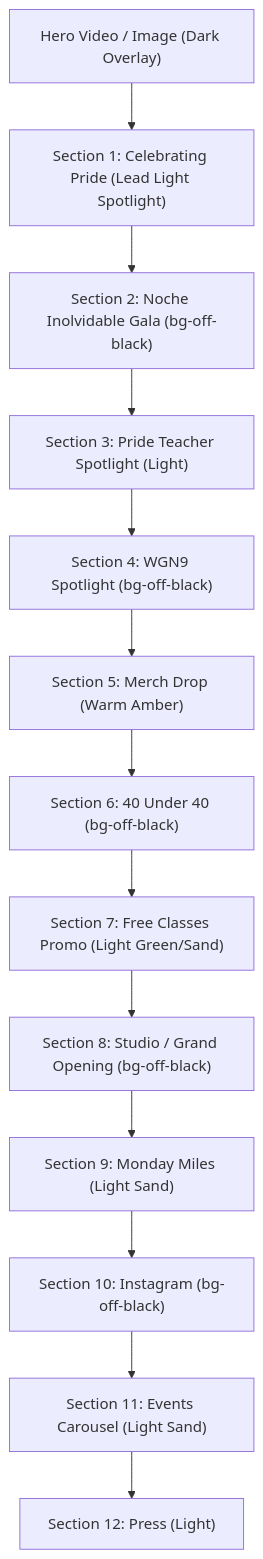
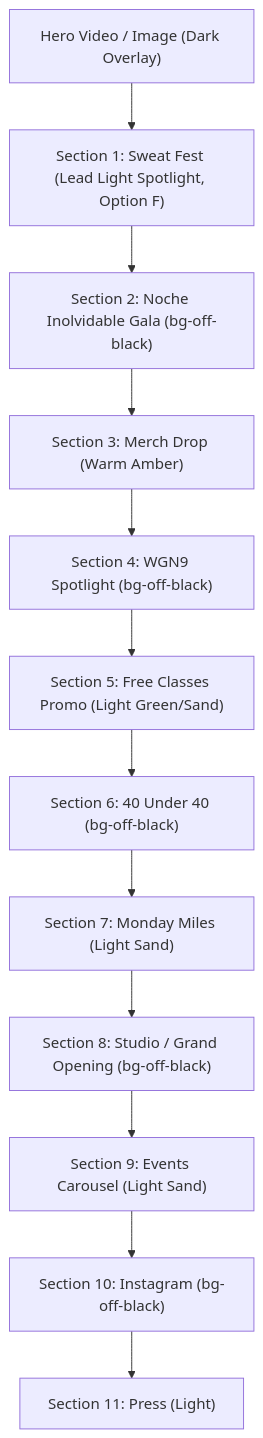
Before and after one commit to awaisqazi/latinasweatproject: the first of 3 diagrams in design.md, drawn with Mermaid. The commit also changed other lines of this file and 12 other files, not shown here.

First line of the commit message:
Sweat Fest 2026: /sweatfest page, homepage lead teaser, all placements; retire Pride

````diff
--- a/design.md
+++ b/design.md
@@ -34,15 +34,14 @@
 ```mermaid
 graph TD
-    Hero["Hero Video / Image (Dark Overlay)"] --> Sec1["Section 1: Celebrating Pride (Lead Light Spotlight)"]
+    Hero["Hero Video / Image (Dark Overlay)"] --> Sec1["Section 1: Sweat Fest (Lead Light Spotlight, Option F)"]
     Sec1 --> Sec2["Section 2: Noche Inolvidable Gala (bg-off-black)"]
-    Sec2 --> Sec3["Section 3: Pride Teacher Spotlight (Light)"]
+    Sec2 --> Sec3["Section 3: Merch Drop (Warm Amber)"]
     Sec3 --> Sec4["Section 4: WGN9 Spotlight (bg-off-black)"]
-    Sec4 --> Sec5["Section 5: Merch Drop (Warm Amber)"]
+    Sec4 --> Sec5["Section 5: Free Classes Promo (Light Green/Sand)"]
     Sec5 --> Sec6["Section 6: 40 Under 40 (bg-off-black)"]
-    Sec6 --> Sec7["Section 7: Free Classes Promo (Light Green/Sand)"]
+    Sec6 --> Sec7["Section 7: Monday Miles (Light Sand)"]
     Sec7 --> Sec8["Section 8: Studio / Grand Opening (bg-off-black)"]
-    Sec8 --> Sec9["Section 9: Monday Miles (Light Sand)"]
+    Sec8 --> Sec9["Section 9: Events Carousel (Light Sand)"]
     Sec9 --> Sec10["Section 10: Instagram (bg-off-black)"]
-    Sec10 --> Sec11["Section 11: Events Carousel (Light Sand)"]
-    Sec11 --> Sec12["Section 12: Press (Light)"]
+    Sec10 --> Sec11["Section 11: Press (Light)"]
 ```
````
